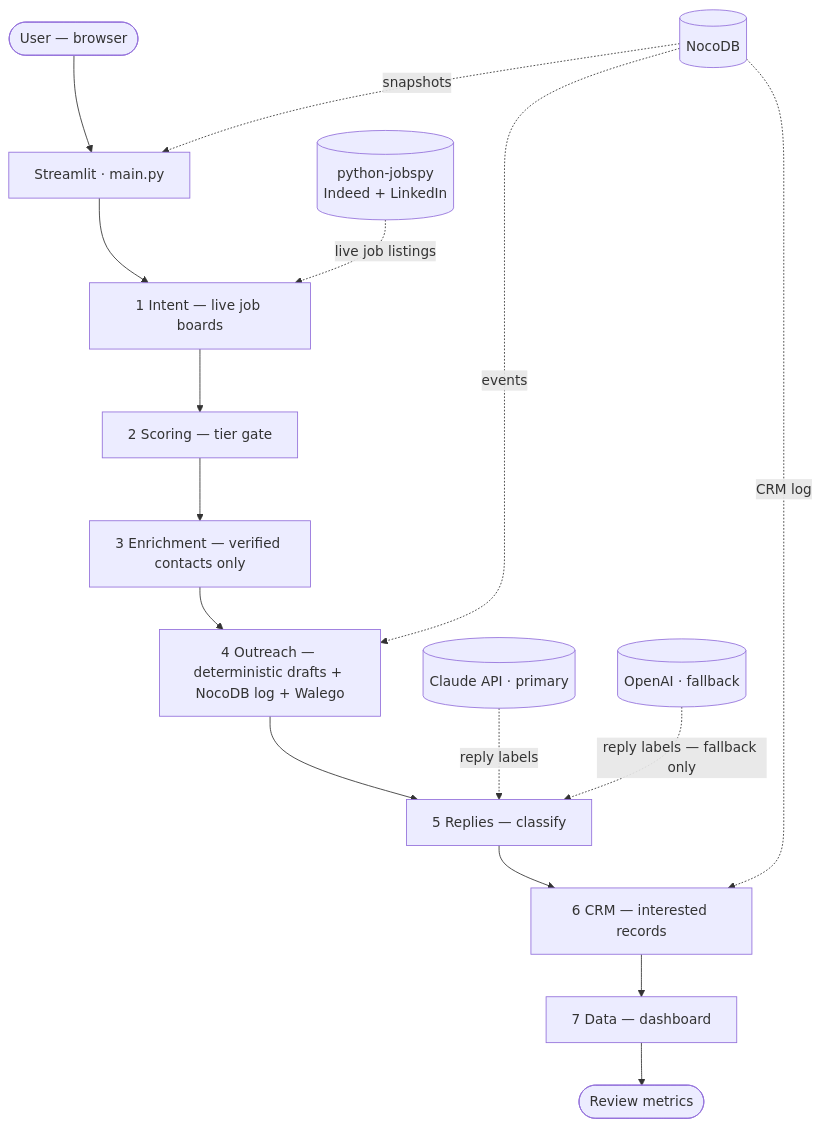
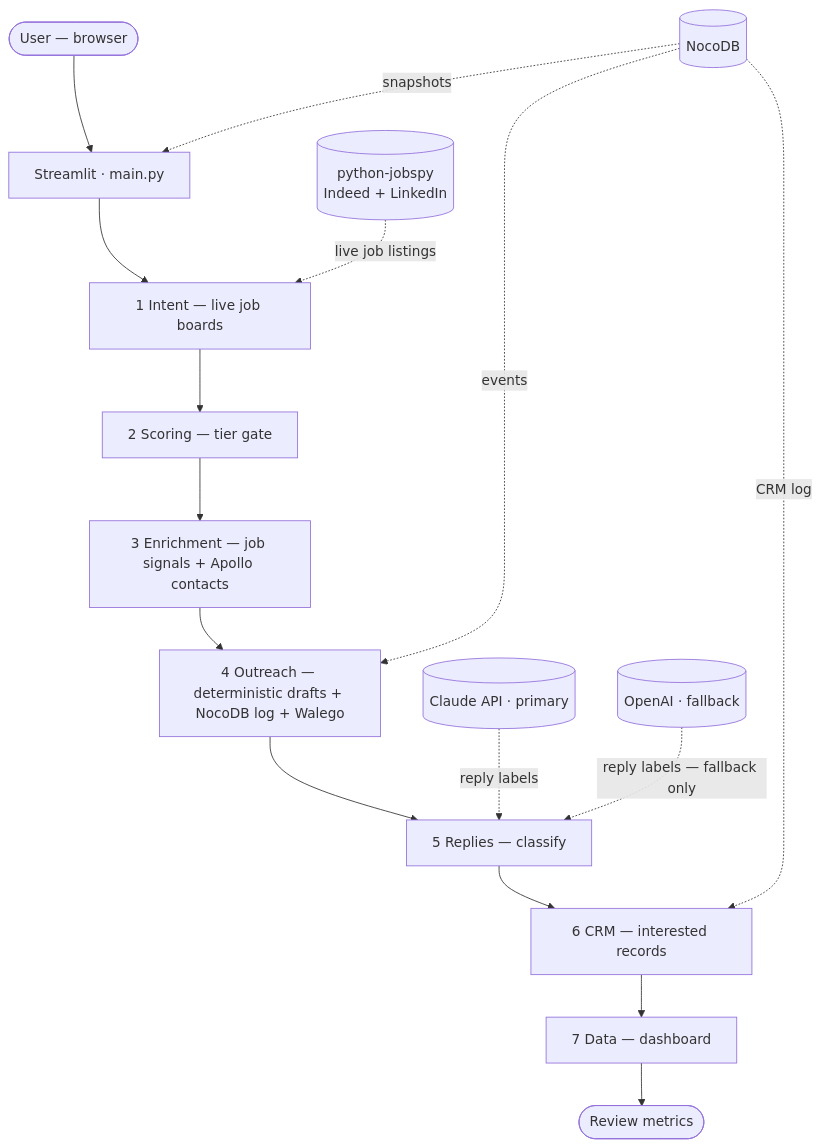
Before and after one commit to CHIRANTAN1455/intentengine: the first of 2 diagrams in README.md, drawn with Mermaid. The commit also changed other lines of this file and 6 other files, not shown here.

First line of the commit message:
feat(enrichment): Apollo.io people search + match for verified SDR contacts

````diff
--- a/README.md
+++ b/README.md
@@ -97,26 +98,26 @@
 ```mermaid
 flowchart TB
   User([User — browser])
   User --> App[Streamlit · main.py]
   App --> S0[1 Intent — live job boards]
   S0 --> S1[2 Scoring — tier gate]
-  S1 --> S2[3 Enrichment — verified contacts only]
+  S1 --> S2[3 Enrichment — job signals + Apollo contacts]
   S2 --> S3[4 Outreach — deterministic drafts + NocoDB log + Walego]
   S3 --> S4[5 Replies — classify]
   S4 --> S5[6 CRM — interested records]
   S5 --> S6[7 Data — dashboard]
   S6 --> Out([Review metrics])
 
   JS[(python-jobspy<br/>Indeed + LinkedIn)]
   CL[(Claude API · primary)]
   OA[(OpenAI · fallback)]
   DB[(NocoDB)]
 
   JS -.->|live job listings| S0
   CL -.->|reply labels| S4
   OA -.->|reply labels — fallback only| S4
 
   DB -.->|snapshots| App
   DB -.->|events| S3
   DB -.->|CRM log| S5
 ```
````
